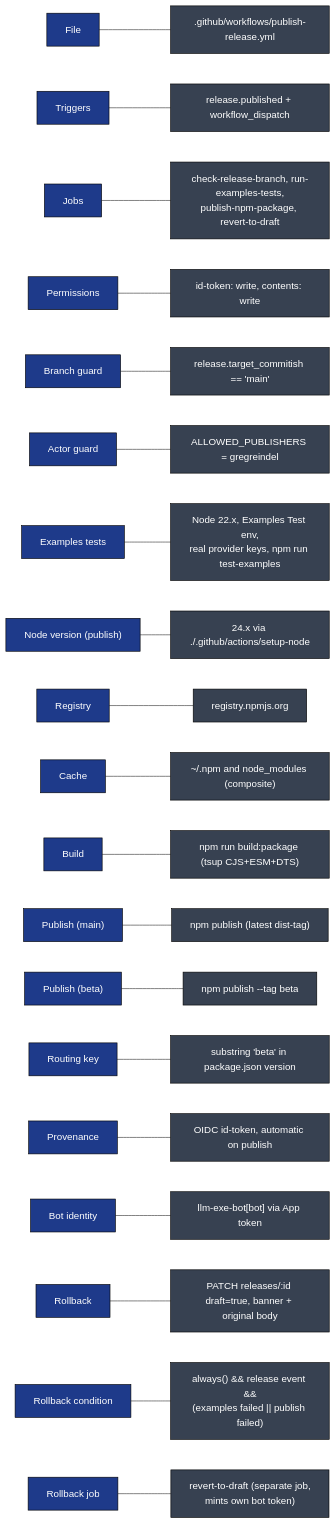
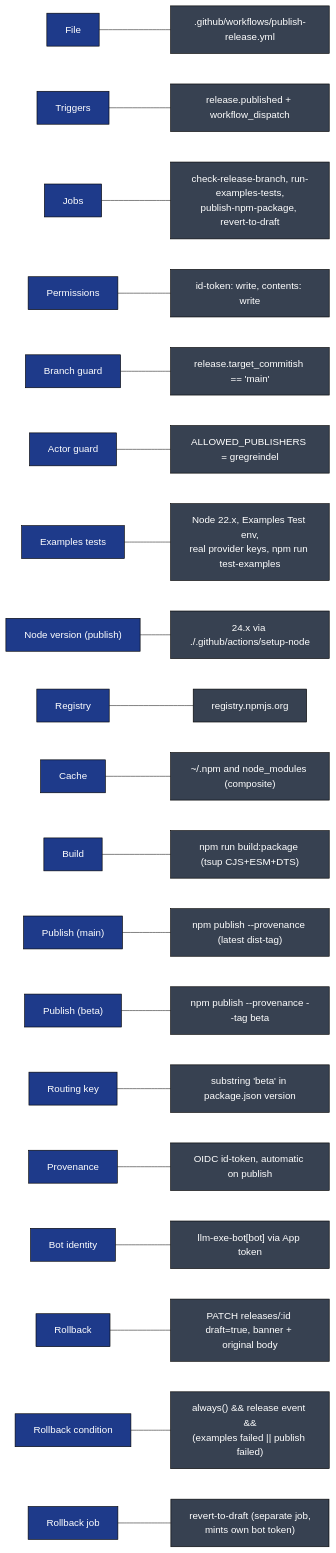
Diagram 12 of 12 in .github/docs/PUBLISH_RELEASE_DEEP_DIVE.md (gregreindel/llm-exe), drawn with Mermaid before and after one commit. The commit also changed other lines of this file and 2 other files, not shown here.

Commit message:
docs: sync publish deep dives after package.json --provenance change

````diff
--- a/.github/docs/PUBLISH_RELEASE_DEEP_DIVE.md
+++ b/.github/docs/PUBLISH_RELEASE_DEEP_DIVE.md
@@ -555,25 +555,25 @@
 ```mermaid
 flowchart LR
     classDef k fill:#1e3a8a,color:#fff,stroke:#000
     classDef v fill:#374151,color:#fff,stroke:#000
 
     K1["File"]:::k --- V1[".github/workflows/publish-release.yml"]:::v
     K2["Triggers"]:::k --- V2["release.published + workflow_dispatch"]:::v
     K3["Jobs"]:::k --- V3["check-release-branch, run-examples-tests,\npublish-npm-package, revert-to-draft"]:::v
     K4["Permissions"]:::k --- V4["id-token: write, contents: write"]:::v
     K5["Branch guard"]:::k --- V5["release.target_commitish == 'main'"]:::v
     K6["Actor guard"]:::k --- V6["ALLOWED_PUBLISHERS = gregreindel"]:::v
     K6b["Examples tests"]:::k --- V6b["Node 22.x, Examples Test env,\nreal provider keys, npm run test-examples"]:::v
     K7["Node version (publish)"]:::k --- V7["24.x via ./.github/actions/setup-node"]:::v
     K8["Registry"]:::k --- V8["registry.npmjs.org"]:::v
     K9["Cache"]:::k --- V9["~/.npm and node_modules (composite)"]:::v
     K10["Build"]:::k --- V10["npm run build:package (tsup CJS+ESM+DTS)"]:::v
-    K11["Publish (main)"]:::k --- V11["npm publish (latest dist-tag)"]:::v
-    K12["Publish (beta)"]:::k --- V12["npm publish --tag beta"]:::v
+    K11["Publish (main)"]:::k --- V11["npm publish --provenance (latest dist-tag)"]:::v
+    K12["Publish (beta)"]:::k --- V12["npm publish --provenance --tag beta"]:::v
     K13["Routing key"]:::k --- V13["substring 'beta' in package.json version"]:::v
     K14["Provenance"]:::k --- V14["OIDC id-token, automatic on publish"]:::v
     K15["Bot identity"]:::k --- V15["llm-exe-bot[bot] via App token"]:::v
     K16["Rollback"]:::k --- V16["PATCH releases/:id draft=true, banner + original body"]:::v
     K17["Rollback condition"]:::k --- V17["always() && release event &&\n(examples failed || publish failed)"]:::v
     K18["Rollback job"]:::k --- V18["revert-to-draft (separate job,\nmints own bot token)"]:::v
 ```
````
